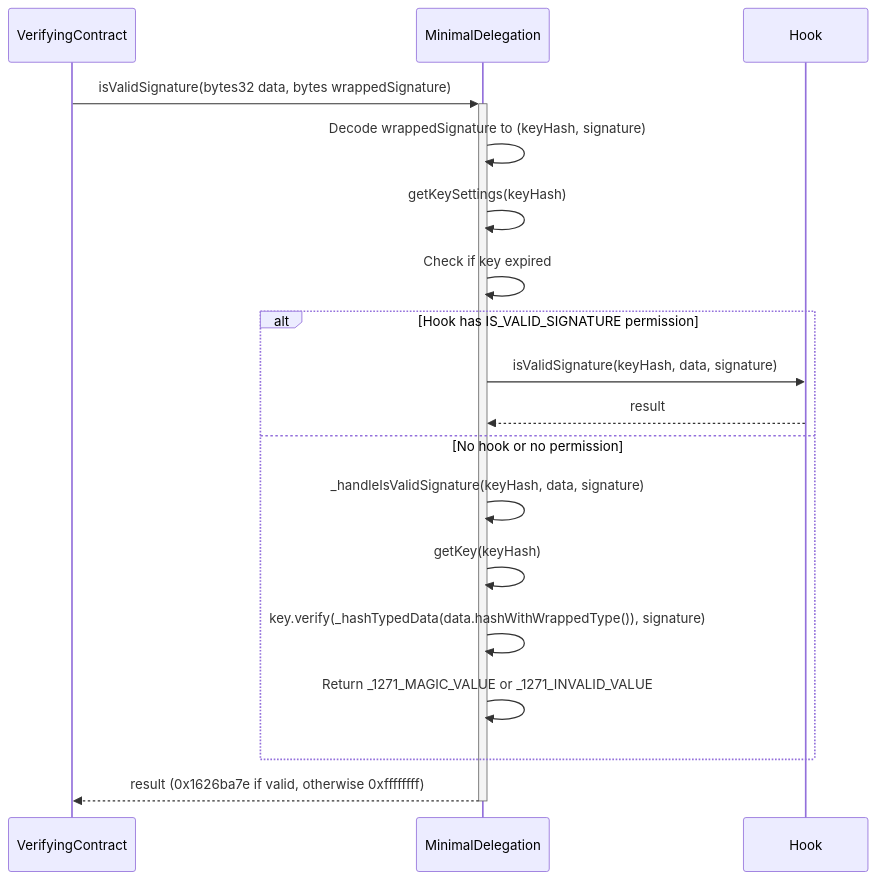
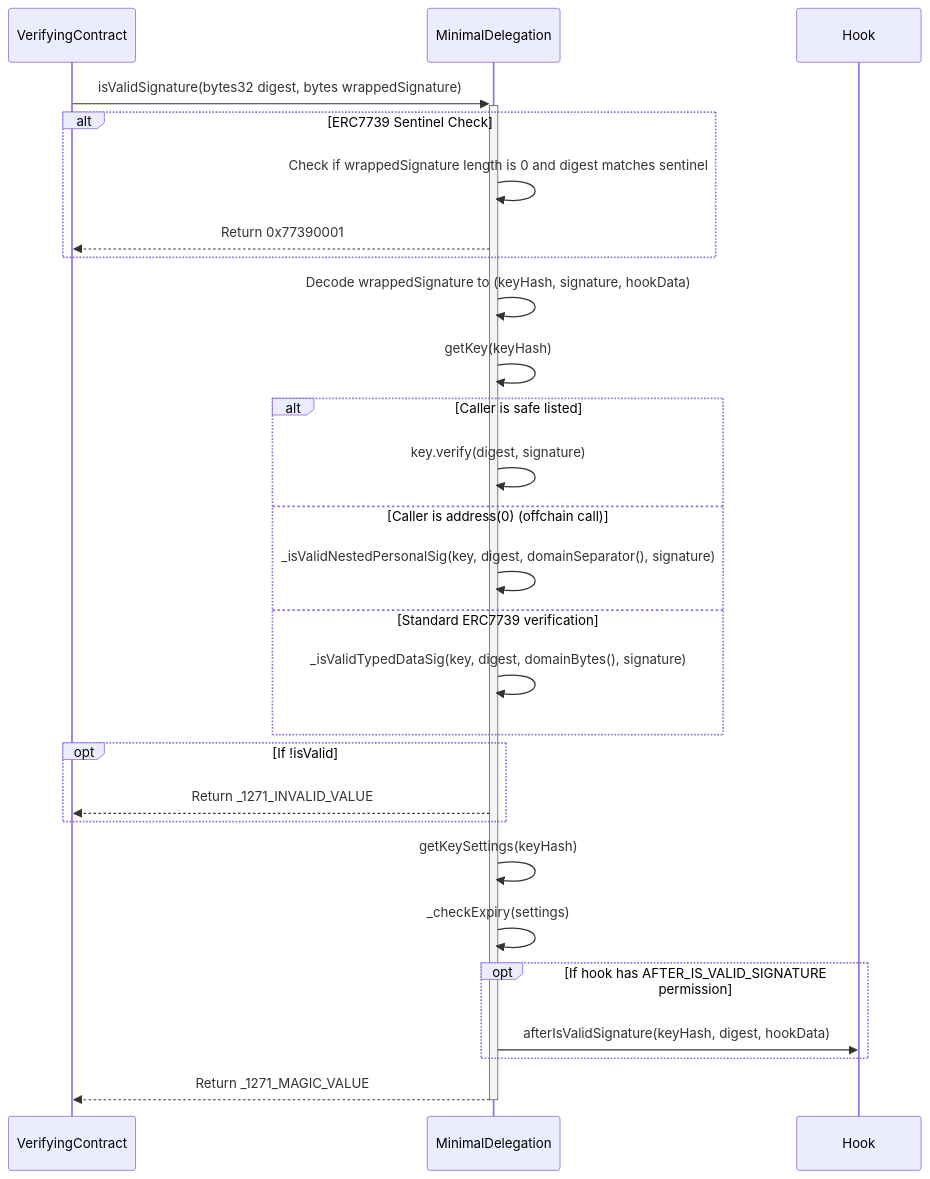
The sixth of 7 diagrams in README.md (Uniswap/minimal-delegation), drawn with Mermaid before and after one commit. The commit also changed other lines of this file, not shown here.

Commit message:
new diagrams

````diff
--- a/README.md
+++ b/README.md
@@ -238,24 +267,37 @@
 ```mermaid
 sequenceDiagram
     participant VerifyingContract
     participant Account as MinimalDelegation
     participant Hook
     
-    VerifyingContract->>+Account: isValidSignature(bytes32 data, bytes wrappedSignature)
+    VerifyingContract->>+Account: isValidSignature(bytes32 digest, bytes wrappedSignature)
     
-    Account->>Account: Decode wrappedSignature to (keyHash, signature)
-    Account->>Account: getKeySettings(keyHash)
-    Account->>Account: Check if key expired
-    
-    alt Hook has IS_VALID_SIGNATURE permission
-        Account->>Hook: isValidSignature(keyHash, data, signature)
-        Hook-->>Account: result
-    else No hook or no permission
-        Account->>Account: _handleIsValidSignature(keyHash, data, signature)
-        Account->>Account: getKey(keyHash)
-        Account->>Account: key.verify(_hashTypedData(data.hashWithWrappedType()), signature)
-        Account->>Account: Return _1271_MAGIC_VALUE or _1271_INVALID_VALUE
+    alt ERC7739 Sentinel Check
+        Account->>Account: Check if wrappedSignature length is 0 and digest matches sentinel
+        Account-->>VerifyingContract: Return 0x77390001
     end
     
-    Account-->>-VerifyingContract: result (0x1626ba7e if valid, otherwise 0xffffffff)
+    Account->>Account: Decode wrappedSignature to (keyHash, signature, hookData)
+    Account->>Account: getKey(keyHash)
+    
+    alt Caller is safe listed
+        Account->>Account: key.verify(digest, signature)
+    else Caller is address(0) (offchain call)
+        Account->>Account: _isValidNestedPersonalSig(key, digest, domainSeparator(), signature)
+    else Standard ERC7739 verification
+        Account->>Account: _isValidTypedDataSig(key, digest, domainBytes(), signature)
+    end
+    
+    opt If !isValid
+        Account-->>VerifyingContract: Return _1271_INVALID_VALUE
+    end
+    
+    Account->>Account: getKeySettings(keyHash)
+    Account->>Account: _checkExpiry(settings)
+    
+    opt If hook has AFTER_IS_VALID_SIGNATURE permission
+        Account->>Hook: afterIsValidSignature(keyHash, digest, hookData)
+    end
+    
+    Account-->>-VerifyingContract: Return _1271_MAGIC_VALUE
 ```
````
